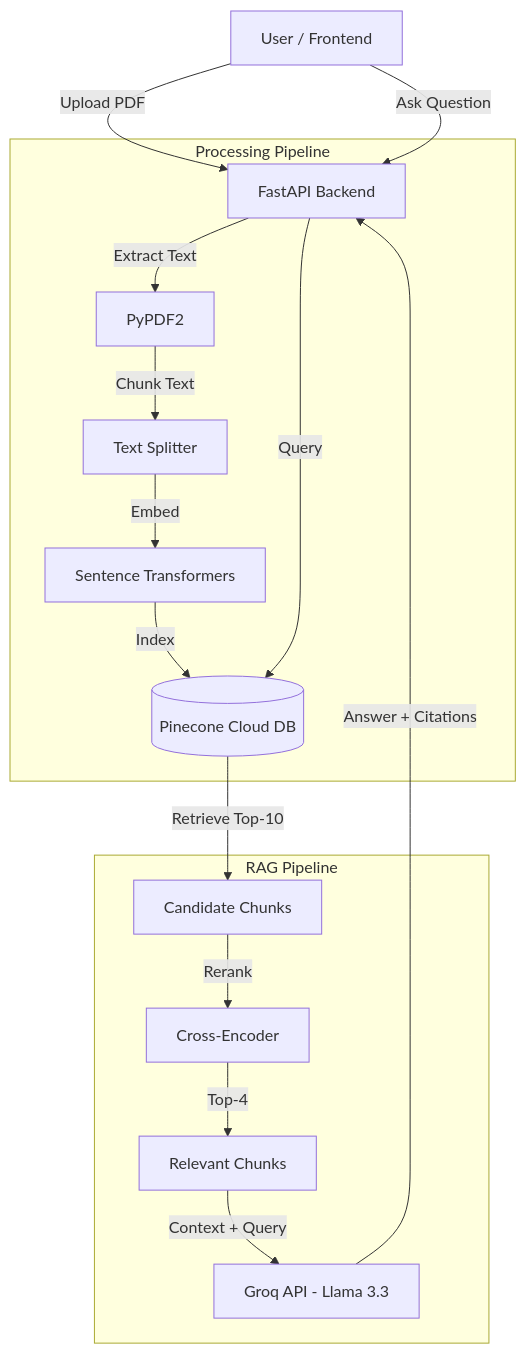
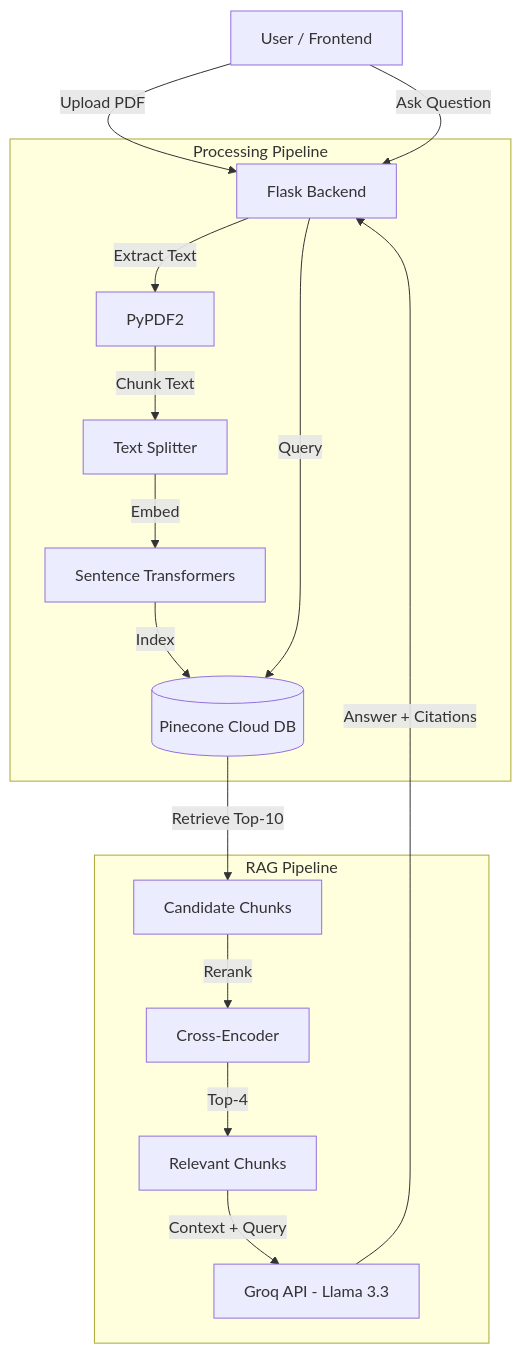
Before and after one commit to mohitsharmas97/Mini-Rag-chatbot: the diagram in README.md, drawn with Mermaid. The commit also changed other lines of this file and 9 other files, not shown here.

Commit message:
Recreate Flask backend and clean up frontend code

````diff
--- a/README.md
+++ b/README.md
@@ -7,21 +8,21 @@
 ```mermaid
 graph TD
-    User[User / Frontend] -->|Upload PDF| API[FastAPI Backend]
+    User[User / Frontend] -->|Upload PDF| API[Flask Backend]
     User -->|Ask Question| API
     
     subgraph "Processing Pipeline"
         API -->|Extract Text| PDFParser[PyPDF2]
         PDFParser -->|Chunk Text| Chunker[Text Splitter]
         Chunker -->|Embed| Model[Sentence Transformers]
         Model -->|Index| VectorDB[(Pinecone Cloud DB)]
     end
     
     subgraph "RAG Pipeline"
         API -->|Query| VectorDB
         VectorDB -->|Retrieve Top-10| Candidates[Candidate Chunks]
         Candidates -->|Rerank| Reranker[Cross-Encoder]
         Reranker -->|Top-4| Context[Relevant Chunks]
         Context -->|Context + Query| LLM[Groq API - Llama 3.3]
         LLM -->|Answer + Citations| API
     end
 ```
````
